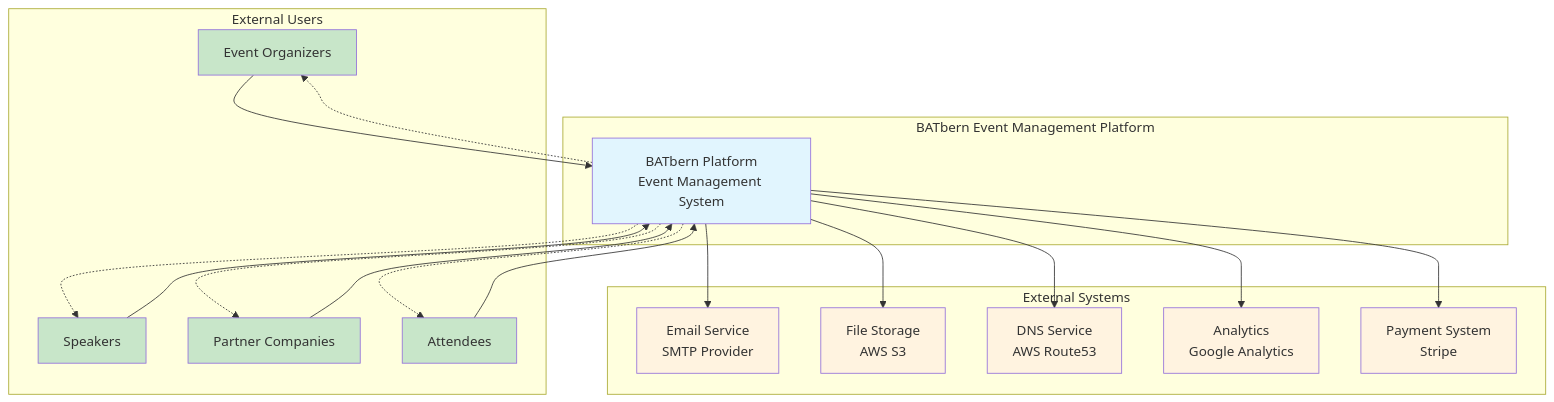
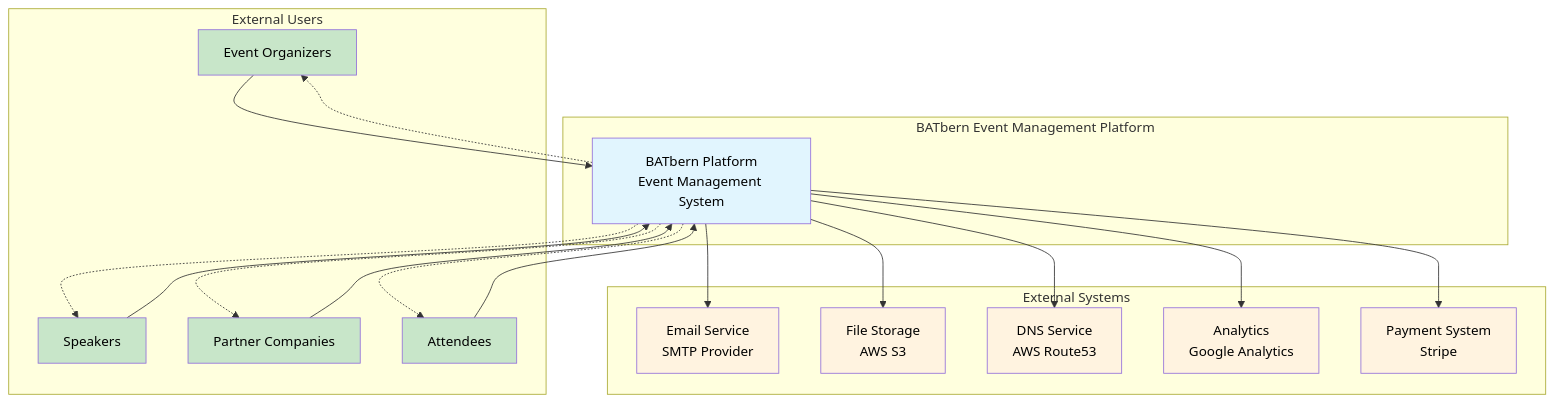
Before and after one commit to nissimbuchs/BATbern2: the first of 3 diagrams in docs/architecture/01-system-overview.md, drawn with Mermaid. The commit also changed other lines of this file and 1 other file, not shown here.

First line of the commit message:
docs: comprehensive architecture documentation update with AWS-styled diagrams

````diff
--- a/docs/architecture/01-system-overview.md
+++ b/docs/architecture/01-system-overview.md
@@ -68,48 +68,48 @@
 ```mermaid
 graph TB
     subgraph "External Users"
         A[Event Organizers]
         B[Speakers]
         C[Partner Companies]
         D[Attendees]
     end
 
     subgraph "External Systems"
         E[Email Service<br/>SMTP Provider]
         F[File Storage<br/>AWS S3]
         G[DNS Service<br/>AWS Route53]
         H[Analytics<br/>Google Analytics]
         I[Payment System<br/>Stripe]
     end
 
     subgraph "BATbern Event Management Platform"
         J[BATbern Platform<br/>Event Management System]
     end
 
     A --> J
     B --> J
     C --> J
     D --> J
 
     J --> E
     J --> F
     J --> G
     J --> H
     J --> I
 
     J -.-> A
     J -.-> B
     J -.-> C
     J -.-> D
 
-    style J fill:#e1f5fe
-    style A fill:#c8e6c9
-    style B fill:#c8e6c9
-    style C fill:#c8e6c9
-    style D fill:#c8e6c9
-    style E fill:#fff3e0
-    style F fill:#fff3e0
-    style G fill:#fff3e0
-    style H fill:#fff3e0
-    style I fill:#fff3e0
+    style J fill:#e1f5fe,color:#000
+    style A fill:#c8e6c9,color:#000
+    style B fill:#c8e6c9,color:#000
+    style C fill:#c8e6c9,color:#000
+    style D fill:#c8e6c9,color:#000
+    style E fill:#fff3e0,color:#000
+    style F fill:#fff3e0,color:#000
+    style G fill:#fff3e0,color:#000
+    style H fill:#fff3e0,color:#000
+    style I fill:#fff3e0,color:#000
 ```
````
